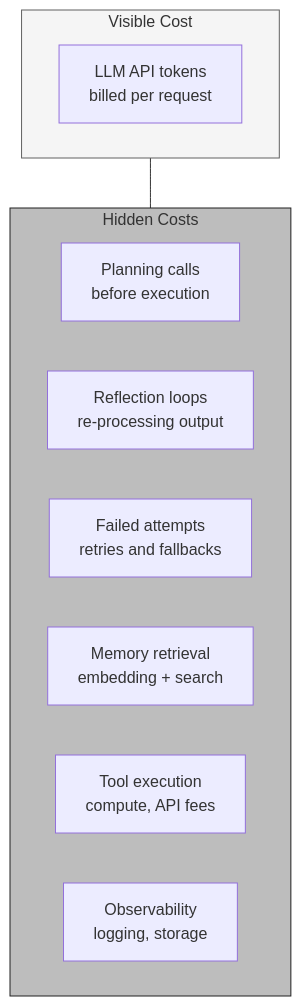
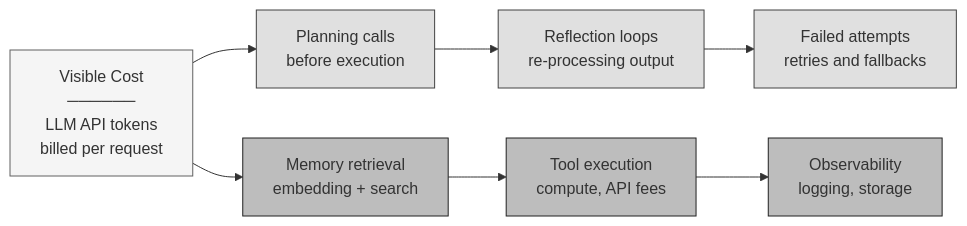
Before and after one commit to Shekharrajak/agent-design-patterns: the sixth of 13 diagrams in docs/posts/09-deep-challenges.md, drawn with Mermaid. The commit also changed other lines of this file and 7 other files, not shown here.

Commit message:
fix: resolve Mermaid rendering issues across all chapters

````diff
--- a/docs/posts/09-deep-challenges.md
+++ b/docs/posts/09-deep-challenges.md
@@ -142,20 +132,14 @@
 ```mermaid
-graph TD
-    subgraph VISIBLE["Visible Cost"]
-        VC["LLM API tokens<br/>billed per request"]
-    end
+graph LR
+    VC["Visible Cost<br/>──────<br/>LLM API tokens<br/>billed per request"] --> HC1["Planning calls<br/>before execution"] --> HC2["Reflection loops<br/>re-processing output"] --> HC3["Failed attempts<br/>retries and fallbacks"]
 
-    subgraph HIDDEN["Hidden Costs"]
-        HC1["Planning calls<br/>before execution"]
-        HC2["Reflection loops<br/>re-processing output"]
-        HC3["Failed attempts<br/>retries and fallbacks"]
-        HC4["Memory retrieval<br/>embedding + search"]
-        HC5["Tool execution<br/>compute, API fees"]
-        HC6["Observability<br/>logging, storage"]
-    end
+    VC --> HC4["Memory retrieval<br/>embedding + search"] --> HC5["Tool execution<br/>compute, API fees"] --> HC6["Observability<br/>logging, storage"]
 
-    VISIBLE --- HIDDEN
-
-    style VISIBLE fill:#f5f5f5,stroke:#616161
-    style HIDDEN fill:#bdbdbd,stroke:#212121
+    style VC fill:#f5f5f5,stroke:#616161
+    style HC1 fill:#e0e0e0,stroke:#424242
+    style HC2 fill:#e0e0e0,stroke:#424242
+    style HC3 fill:#e0e0e0,stroke:#424242
+    style HC4 fill:#bdbdbd,stroke:#212121
+    style HC5 fill:#bdbdbd,stroke:#212121
+    style HC6 fill:#bdbdbd,stroke:#212121
 ```
````
